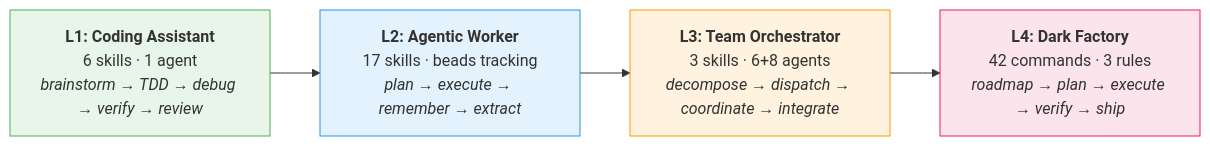
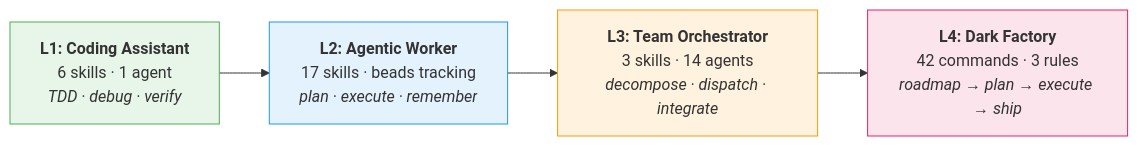
The diagram in README.md (jw409/kinderpowers), drawn with Mermaid before and after one commit. The commit also changed other lines of this file, not shown here.

Commit message:
docs: README rewrite — lead with value, not architecture

````diff
--- a/README.md
+++ b/README.md
@@ -20,12 +18,12 @@
 ```mermaid
 graph LR
-    L1["<b>L1: Coding Assistant</b><br/>6 skills · 1 agent<br/><i>brainstorm → TDD → debug → verify → review</i>"]
-    L2["<b>L2: Agentic Worker</b><br/>17 skills · beads tracking<br/><i>plan → execute → remember → extract</i>"]
-    L3["<b>L3: Team Orchestrator</b><br/>3 skills · 6+8 agents<br/><i>decompose → dispatch → coordinate → integrate</i>"]
-    L4["<b>L4: Dark Factory</b><br/>42 commands · 3 rules<br/><i>roadmap → plan → execute → verify → ship</i>"]
+    L1["<b>L1: Coding Assistant</b><br/>6 skills · 1 agent<br/><i>TDD · debug · verify</i>"]
+    L2["<b>L2: Agentic Worker</b><br/>17 skills · beads tracking<br/><i>plan · execute · remember</i>"]
+    L3["<b>L3: Team Orchestrator</b><br/>3 skills · 14 agents<br/><i>decompose · dispatch · integrate</i>"]
+    L4["<b>L4: Dark Factory</b><br/>42 commands · 3 rules<br/><i>roadmap → plan → execute → ship</i>"]
     L1 --> L2 --> L3 --> L4
     style L1 fill:#e8f5e9,stroke:#4caf50
     style L2 fill:#e3f2fd,stroke:#2196f3
     style L3 fill:#fff3e0,stroke:#ff9800
     style L4 fill:#fce4ec,stroke:#e91e63
 ```
````
